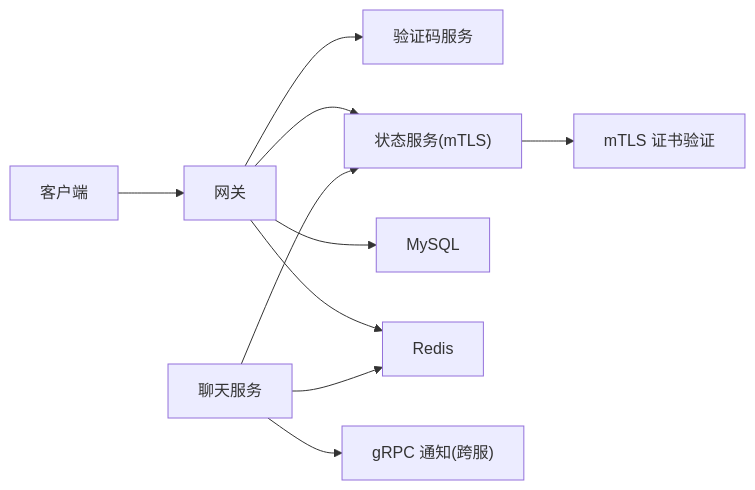
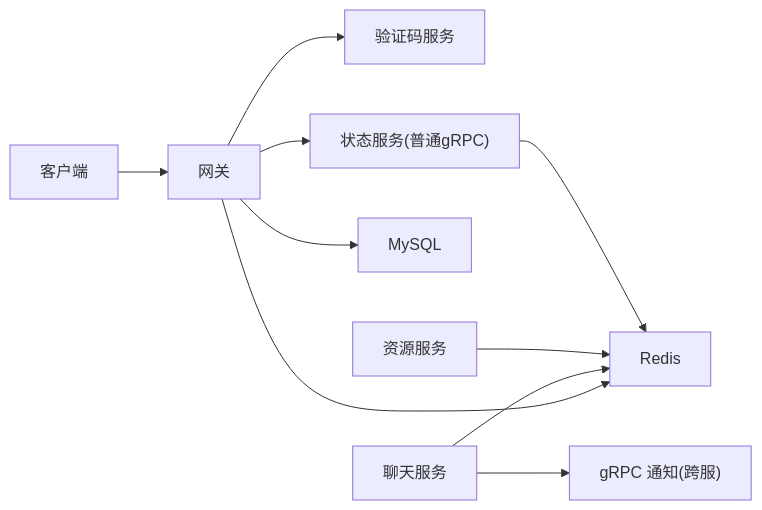
The tenth of 10 diagrams in .qoder/repowiki/zh/content/安全设计/身份认证系统/登录认证系统.md (echo9923/mychatter), drawn with Mermaid before and after one commit. The commit also changed other lines of this file and 58 other files, not shown here.

````diff
--- a/.qoder/repowiki/zh/content/安全设计/身份认证系统/登录认证系统.md
+++ b/.qoder/repowiki/zh/content/安全设计/身份认证系统/登录认证系统.md
@@ -330,12 +353,12 @@
 ```mermaid
 graph LR
 Client["客户端"] --> Gate["网关"]
 Gate --> Verify["验证码服务"]
-Gate --> Status["状态服务(mTLS)"]
+Gate --> Status["状态服务(普通gRPC)"]
 Gate --> DB["MySQL"]
 Gate --> Redis["Redis"]
 Chat["聊天服务"] --> Redis
-Chat --> Status
 Chat --> Notify["gRPC 通知(跨服)"]
-Status --> Cert["mTLS 证书验证"]
+Resource["资源服务"] --> Redis
+Status --> Redis
 ```
````
